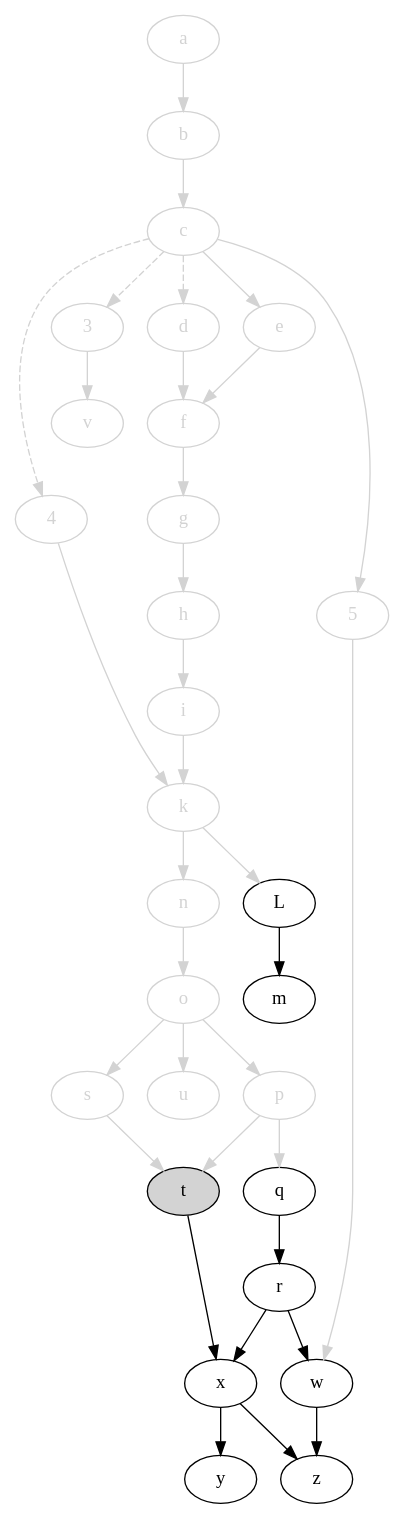
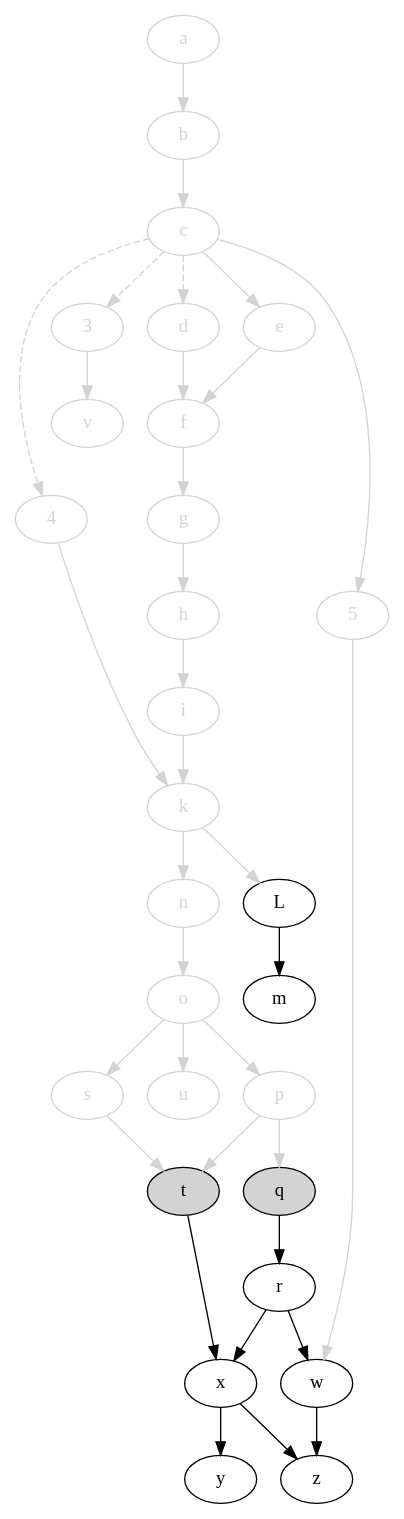
The diagram in svm-startup-deps.dot (jdmpapin/svm-startup-deps), drawn with Graphviz before and after one commit. The commit also changed 1 other file, not shown here.

```diff
--- a/svm-startup-deps.dot
+++ b/svm-startup-deps.dot
@@ -1,67 +1,67 @@
 digraph {
     // open: [style=filled,fillcolor=lightgrey]
     // closed: [color=lightgrey,fontcolor=lightgrey]
 
     4 [color=lightgrey,fontcolor=lightgrey];
     3 [color=lightgrey,fontcolor=lightgrey];
     a [color=lightgrey,fontcolor=lightgrey];
     b [color=lightgrey,fontcolor=lightgrey];
     c [color=lightgrey,fontcolor=lightgrey];
     d [color=lightgrey,fontcolor=lightgrey];
     e [color=lightgrey,fontcolor=lightgrey];
     f [color=lightgrey,fontcolor=lightgrey];
     g [color=lightgrey,fontcolor=lightgrey];
     h [color=lightgrey,fontcolor=lightgrey];
     i [color=lightgrey,fontcolor=lightgrey];
     k [color=lightgrey,fontcolor=lightgrey];
     L;
     m;
     5 [color=lightgrey,fontcolor=lightgrey];
     n [color=lightgrey,fontcolor=lightgrey];
     o [color=lightgrey,fontcolor=lightgrey];
     p [color=lightgrey,fontcolor=lightgrey];
-    q;
+    q [style=filled,fillcolor=lightgrey];
     r;
     s [color=lightgrey,fontcolor=lightgrey];
     t [style=filled,fillcolor=lightgrey];
     u [color=lightgrey,fontcolor=lightgrey];
     v [color=lightgrey,fontcolor=lightgrey];
     w;
     x;
     y;
     z;
 
     4 -> k [color=lightgrey];
     c -> 4 [style=dashed,color=lightgrey];
     c -> 3 [style=dashed,color=lightgrey];
     c -> d [style=dashed,color=lightgrey];
     3 -> v [color=lightgrey];
     a -> b [color=lightgrey];
     b -> c [color=lightgrey];
     c -> e [color=lightgrey];
     c -> 5 [color=lightgrey];
     d -> f [color=lightgrey];
     e -> f [color=lightgrey];
     f -> g [color=lightgrey];
     g -> h [color=lightgrey];
     h -> i [color=lightgrey];
     i -> k [color=lightgrey];
     k -> L [color=lightgrey];
     L -> m;
     k -> n [color=lightgrey];
     n -> o [color=lightgrey];
     o -> p [color=lightgrey];
     p -> q [color=lightgrey];
     q -> r;
     o -> s [color=lightgrey];
     s -> t [color=lightgrey];
     p -> t [color=lightgrey];
     o -> u [color=lightgrey];
     5 -> w [color=lightgrey];
     r -> w;
     t -> x;
     r -> x;
     x -> y;
     x -> z;
     w -> z;
 }
```
